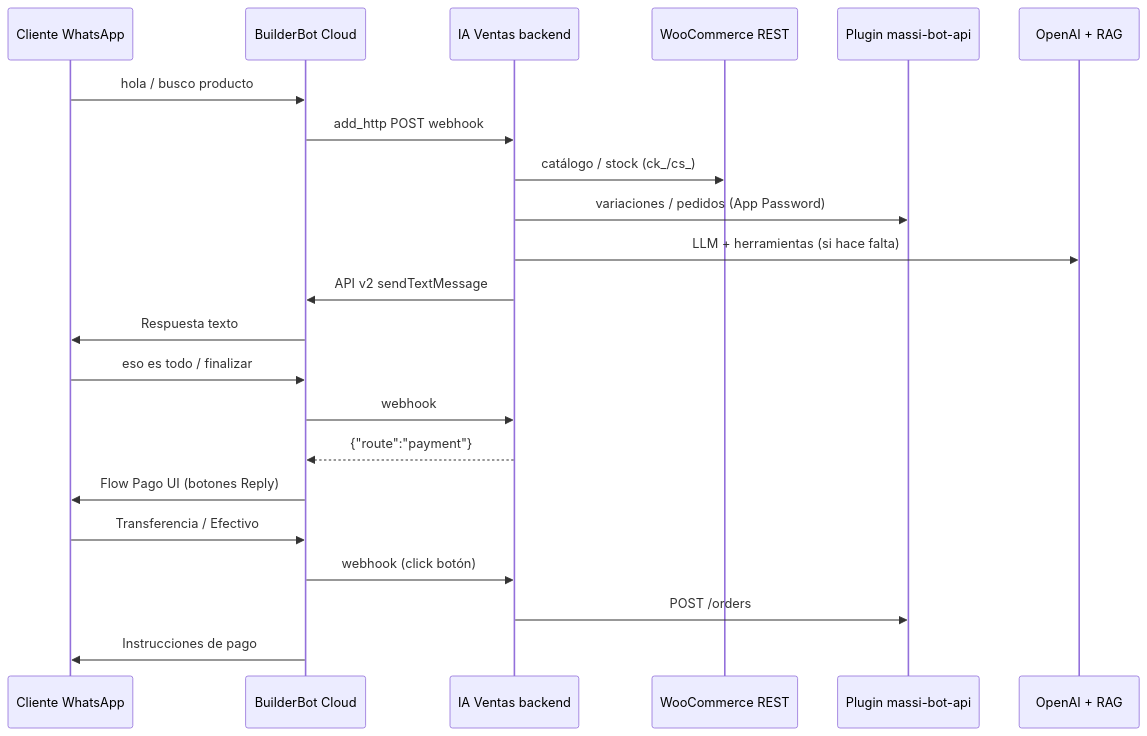
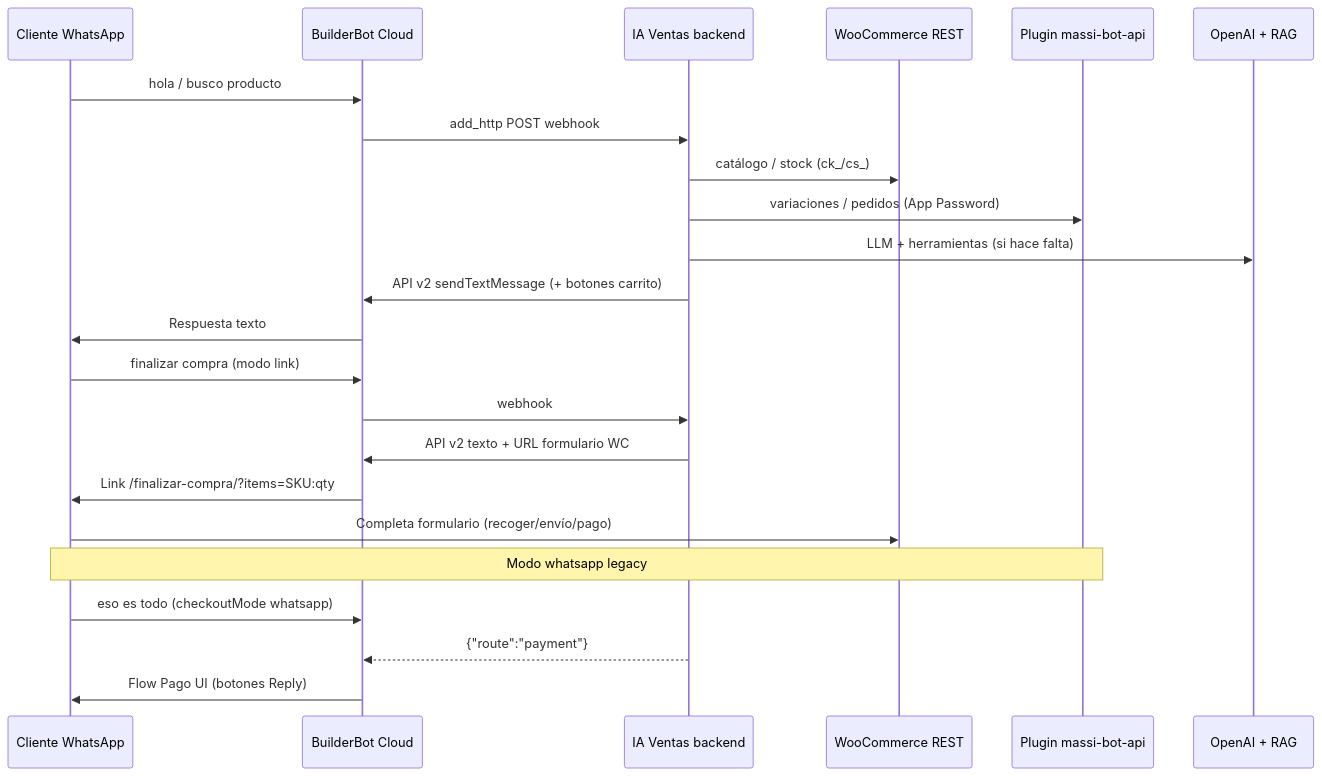
The first of 2 diagrams in docs/whatsapp-massi.md (StikW/IA-Ventas-B), drawn with Mermaid before and after one commit. The commit also changed other lines of this file and 7 other files, not shown here.

````diff
--- a/docs/whatsapp-massi.md
+++ b/docs/whatsapp-massi.md
@@ -11,27 +11,28 @@
 ```mermaid
 sequenceDiagram
   participant C as Cliente WhatsApp
   participant BBC as BuilderBot Cloud
   participant API as IA Ventas backend
   participant WC as WooCommerce REST
   participant MASSI as Plugin massi-bot-api
   participant IA as OpenAI + RAG
 
   C->>BBC: hola / busco producto
   BBC->>API: add_http POST webhook
   API->>WC: catálogo / stock (ck_/cs_)
   API->>MASSI: variaciones / pedidos (App Password)
   API->>IA: LLM + herramientas (si hace falta)
-  API->>BBC: API v2 sendTextMessage
+  API->>BBC: API v2 sendTextMessage (+ botones carrito)
   BBC->>C: Respuesta texto
 
-  C->>BBC: eso es todo / finalizar
+  C->>BBC: finalizar compra (modo link)
   BBC->>API: webhook
+  API->>BBC: API v2 texto + URL formulario WC
+  BBC->>C: Link /finalizar-compra/?items=SKU:qty
+  C->>WC: Completa formulario (recoger/envío/pago)
+
+  Note over C,MASSI: Modo whatsapp legacy
+  C->>BBC: eso es todo (checkoutMode whatsapp)
   API-->>BBC: {"route":"payment"}
   BBC->>C: Flow Pago UI (botones Reply)
-
-  C->>BBC: Transferencia / Efectivo
-  BBC->>API: webhook (click botón)
-  API->>MASSI: POST /orders
-  BBC->>C: Instrucciones de pago
 ```
````
